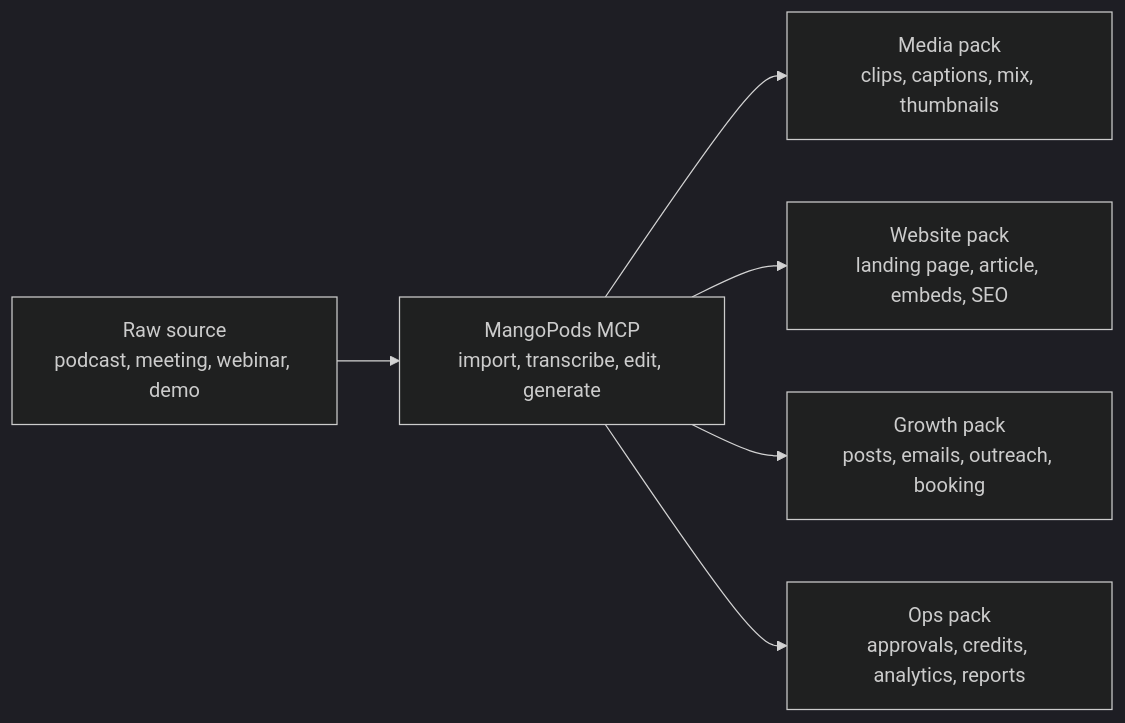
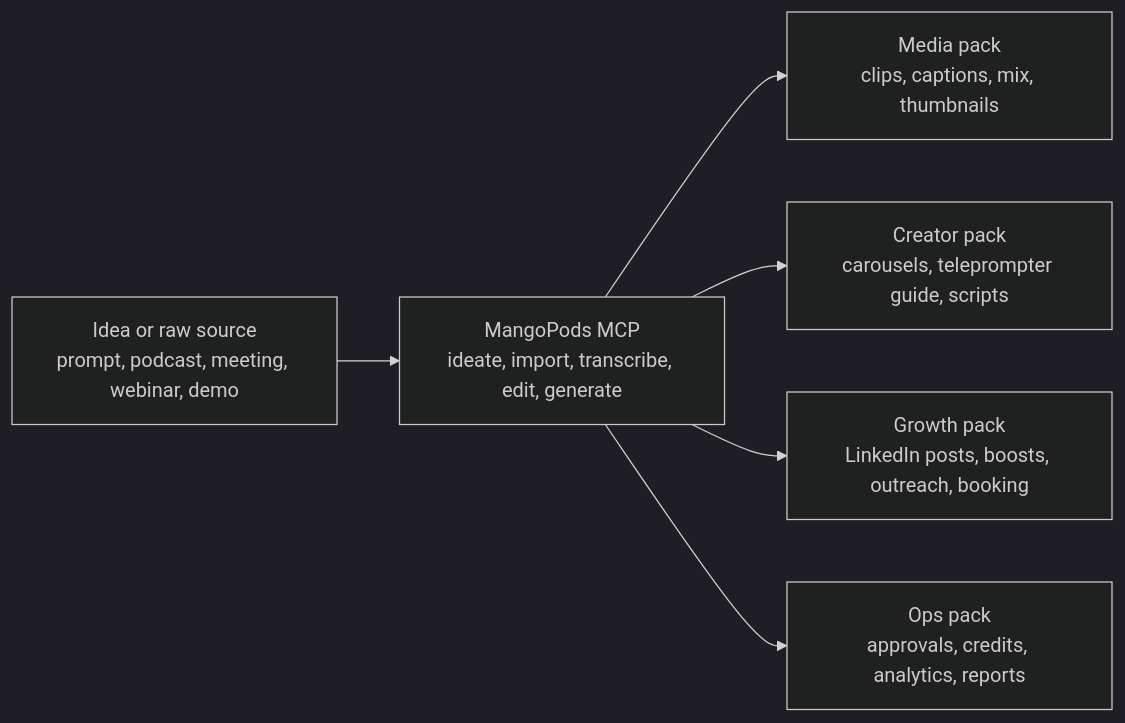
Before and after one commit to mango-magic/mangopods-mcp: the diagram in README.md, drawn with Mermaid (dark theme). The commit also changed other lines of this file and 4 other files, not shown here.

Commit message:
Add LinkedIn boosts and idea generation value

````diff
--- a/README.md
+++ b/README.md
@@ -45,8 +46,8 @@
 ```mermaid
 flowchart LR
-  A["Raw source<br/>podcast, meeting, webinar, demo"] --> B["MangoPods MCP<br/>import, transcribe, edit, generate"]
+  A["Idea or raw source<br/>prompt, podcast, meeting, webinar, demo"] --> B["MangoPods MCP<br/>ideate, import, transcribe, edit, generate"]
   B --> C["Media pack<br/>clips, captions, mix, thumbnails"]
-  B --> D["Website pack<br/>landing page, article, embeds, SEO"]
-  B --> E["Growth pack<br/>posts, emails, outreach, booking"]
+  B --> D["Creator pack<br/>carousels, teleprompter guide, scripts"]
+  B --> E["Growth pack<br/>LinkedIn posts, boosts, outreach, booking"]
   B --> F["Ops pack<br/>approvals, credits, analytics, reports"]
 ```
````
